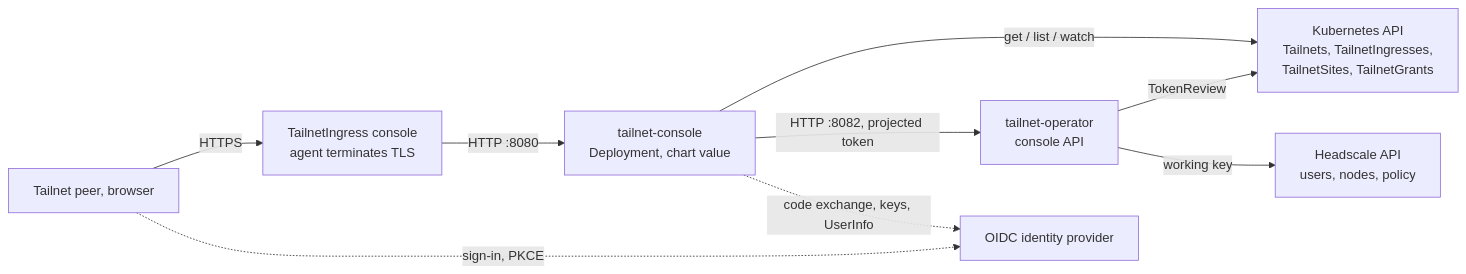
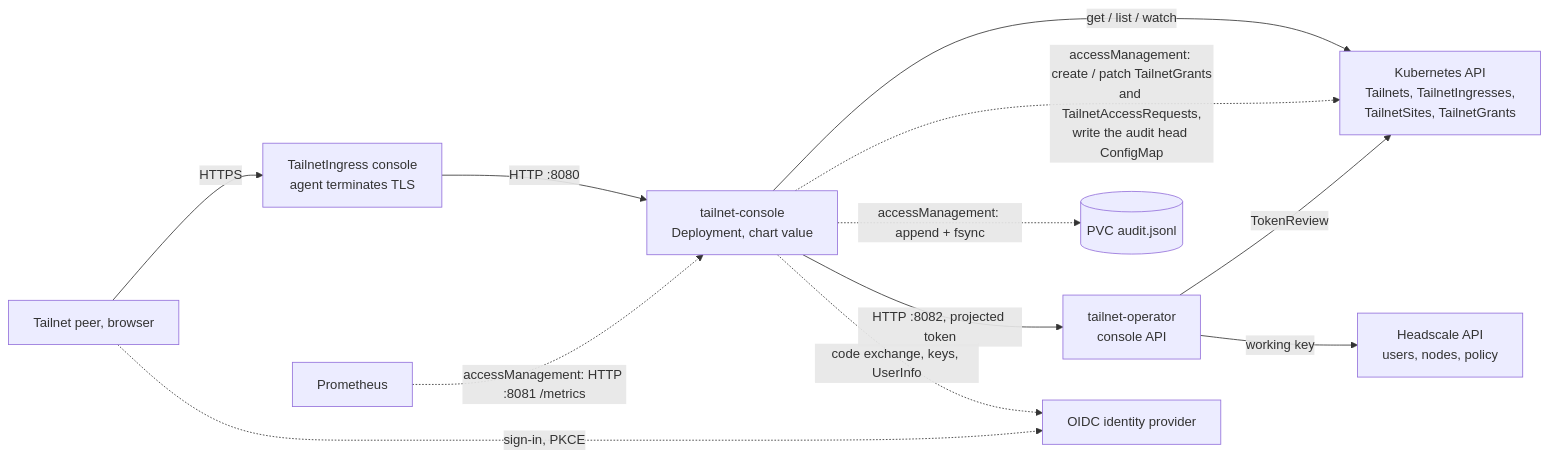
The sixth of 6 diagrams in docs/explanation/architecture.md (fff0x/tailnet-operator), drawn with Mermaid before and after one commit. The commit also changed other lines of this file and 15 other files, not shown here.

First line of the commit message:
docs(console): describe access management and the audit log

````diff
--- a/docs/explanation/architecture.md
+++ b/docs/explanation/architecture.md
@@ -145,11 +145,14 @@
 ```mermaid
 flowchart LR
   peer[Tailnet peer, browser] -->|HTTPS| ing[TailnetIngress console<br/>agent terminates TLS]
   ing -->|HTTP :8080| con[tailnet-console<br/>Deployment, chart value]
   con -->|get / list / watch| api[Kubernetes API<br/>Tailnets, TailnetIngresses,<br/>TailnetSites, TailnetGrants]
+  con -.->|accessManagement: create / patch TailnetGrants<br/>and TailnetAccessRequests,<br/>write the audit head ConfigMap| api
+  prom[Prometheus] -.->|accessManagement: HTTP :8081 /metrics| con
+  con -.->|accessManagement: append + fsync| vol[(PVC audit.jsonl)]
   con -->|HTTP :8082, projected token| op[tailnet-operator<br/>console API]
   op -->|TokenReview| api
   op -->|working key| hs[Headscale API<br/>users, nodes, policy]
   peer -.->|sign-in, PKCE| idp[OIDC identity provider]
   con -.->|code exchange, keys, UserInfo| idp
 ```
````
